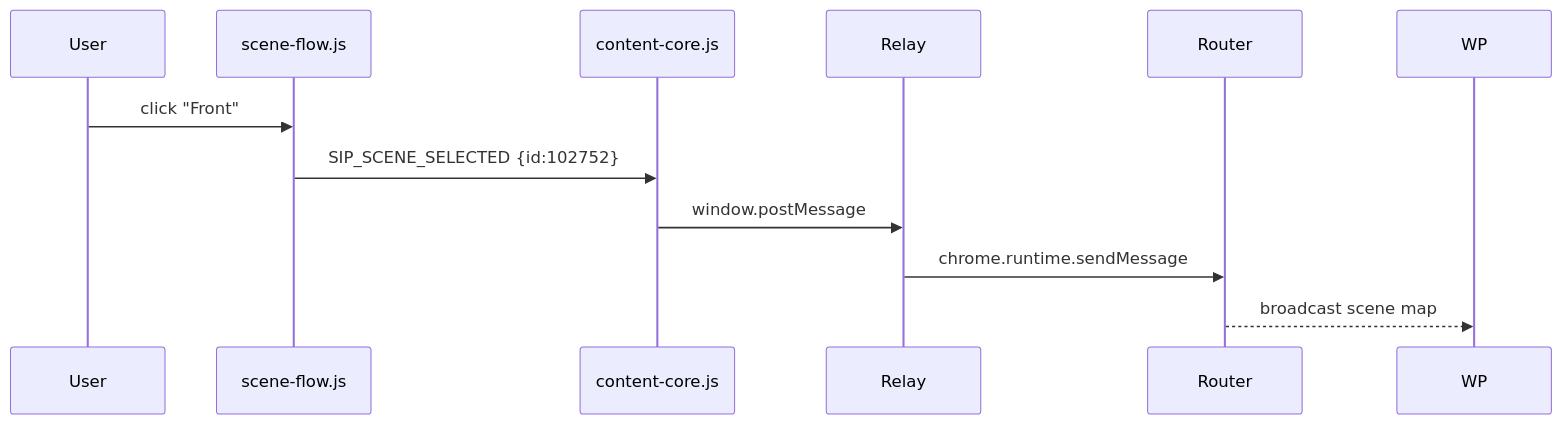
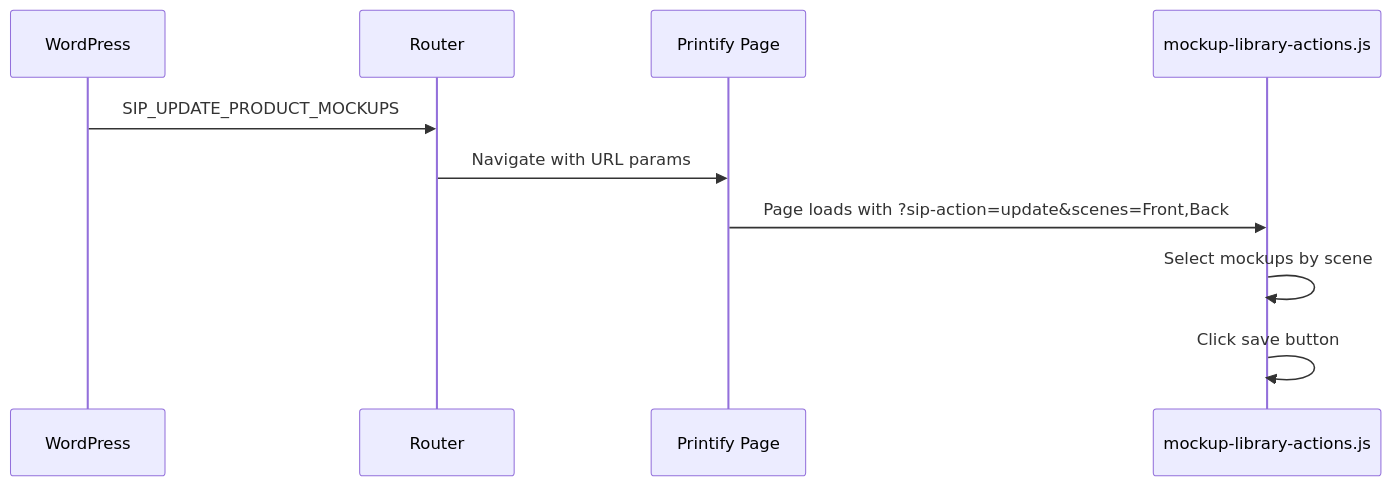
Before and after one commit to tdemelle-SiP/.claude: the ninth of 9 diagrams in guidelines/sip-printify-manager-extension-guidelines-v2.md, drawn with Mermaid. The commit also changed other lines of this file, not shown here.

First line of the commit message:
updated the   sip-printify-manager-extension-guidelines-v2.md   documentation to align with the actual code   implementation. Here are the major changes made:

````diff
--- a/guidelines/sip-printify-manager-extension-guidelines-v2.md
+++ b/guidelines/sip-printify-manager-extension-guidelines-v2.md
@@ -465,14 +476,13 @@
 ```mermaid
 sequenceDiagram
-  participant User
-  participant SceneBtns as scene-flow.js
-  participant CS as content-core.js
-  participant Relay
+  participant WP as WordPress
   participant Router
+  participant Page as Printify Page
+  participant Script as mockup-library-actions.js
 
-  User->>SceneBtns: click "Front"
-  SceneBtns->>CS: SIP_SCENE_SELECTED {id:102752}
-  CS->>Relay: window.postMessage
-  Relay->>Router: chrome.runtime.sendMessage
-  Router-->>WP: broadcast scene map
+  WP->>Router: SIP_UPDATE_PRODUCT_MOCKUPS
+  Router->>Page: Navigate with URL params
+  Page->>Script: Page loads with ?sip-action=update&scenes=Front,Back
+  Script->>Script: Select mockups by scene
+  Script->>Script: Click save button
 ```
````
